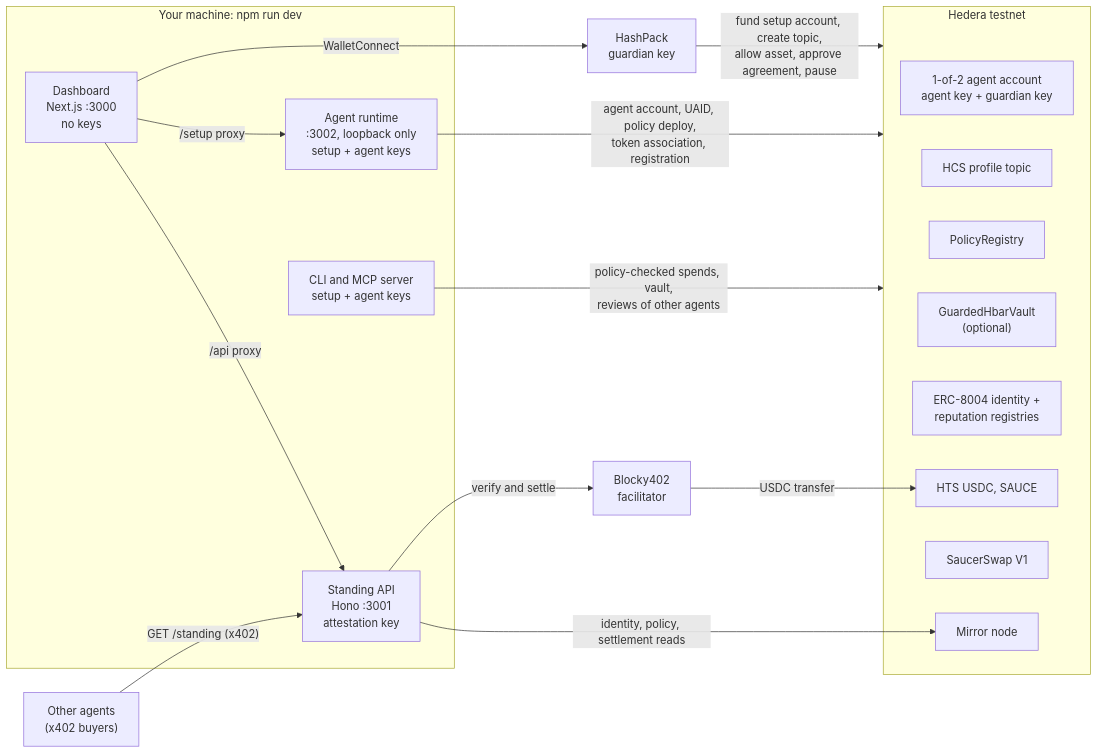
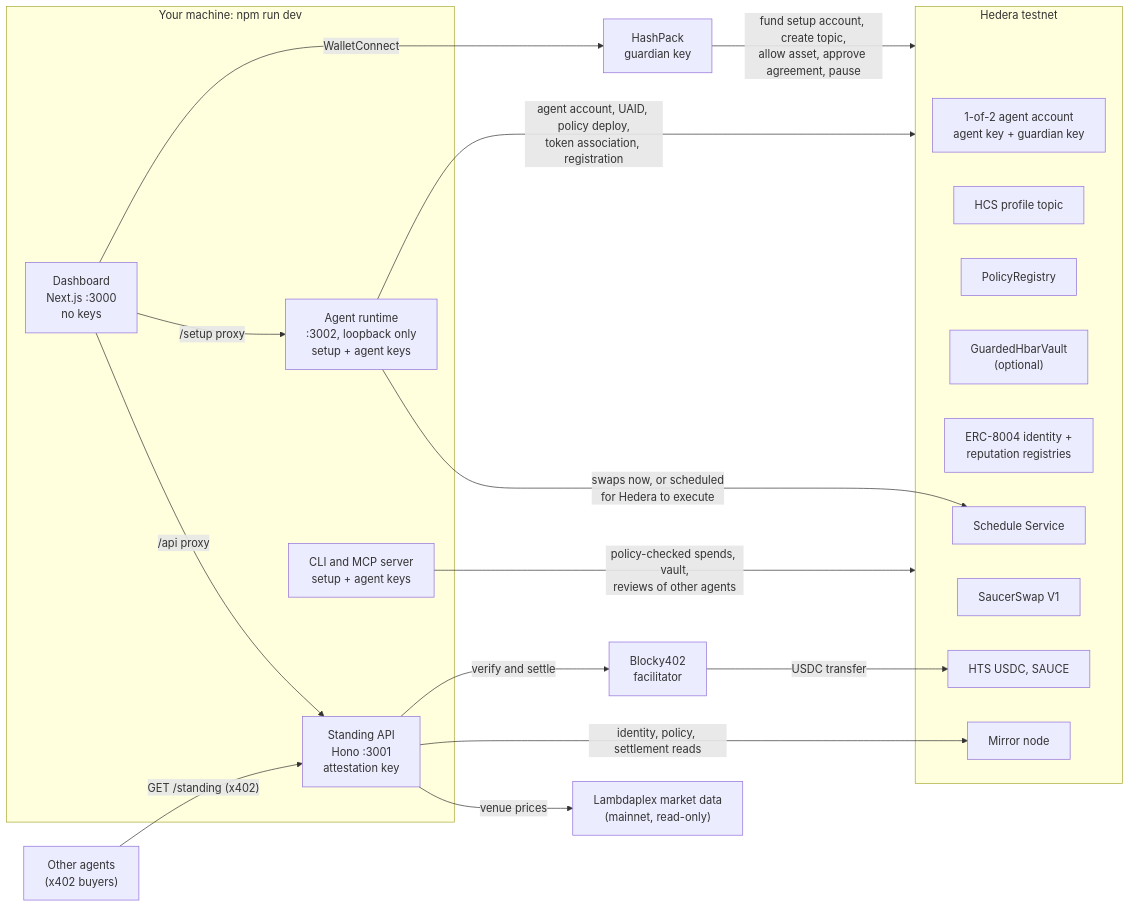
The first of 2 diagrams in README.md (i-mwangi/Agent-leash), drawn with Mermaid before and after one commit. The commit also changed other lines of this file and 18 other files, not shown here.

First line of the commit message:
Let the agent swap now or on a schedule, and compare Hedera venues

````diff
--- a/README.md
+++ b/README.md
@@ -119,33 +119,37 @@
 ```mermaid
 flowchart LR
   subgraph local["Your machine: npm run dev"]
     UI["Dashboard<br/>Next.js :3000<br/>no keys"]
     API["Standing API<br/>Hono :3001<br/>attestation key"]
     RT["Agent runtime<br/>:3002, loopback only<br/>setup + agent keys"]
     CLI["CLI and MCP server<br/>setup + agent keys"]
   end
   HP["HashPack<br/>guardian key"]
   BUY["Other agents<br/>(x402 buyers)"]
   FAC["Blocky402<br/>facilitator"]
   subgraph hedera["Hedera testnet"]
     ACC["1-of-2 agent account<br/>agent key + guardian key"]
     HCS["HCS profile topic"]
     POL["PolicyRegistry"]
     VAULT["GuardedHbarVault<br/>(optional)"]
     REG["ERC-8004 identity +<br/>reputation registries"]
     HTS["HTS USDC, SAUCE"]
     DEX["SaucerSwap V1"]
+    HSS["Schedule Service"]
     MIR["Mirror node"]
   end
+  LPX["Lambdaplex market data<br/>(mainnet, read-only)"]
 
   UI -- "/api proxy" --> API
   UI -- "/setup proxy" --> RT
   UI -- "WalletConnect" --> HP
   HP -- "fund setup account, create topic,<br/>allow asset, approve agreement, pause" --> hedera
   RT -- "agent account, UAID, policy deploy,<br/>token association, registration" --> hedera
   CLI -- "policy-checked spends, vault,<br/>reviews of other agents" --> hedera
+  RT -- "swaps now, or scheduled<br/>for Hedera to execute" --> HSS
+  API -- "venue prices" --> LPX
   API -- "identity, policy, settlement reads" --> MIR
   BUY -- "GET /standing (x402)" --> API
   API -- "verify and settle" --> FAC
   FAC -- "USDC transfer" --> HTS
 ```
````
